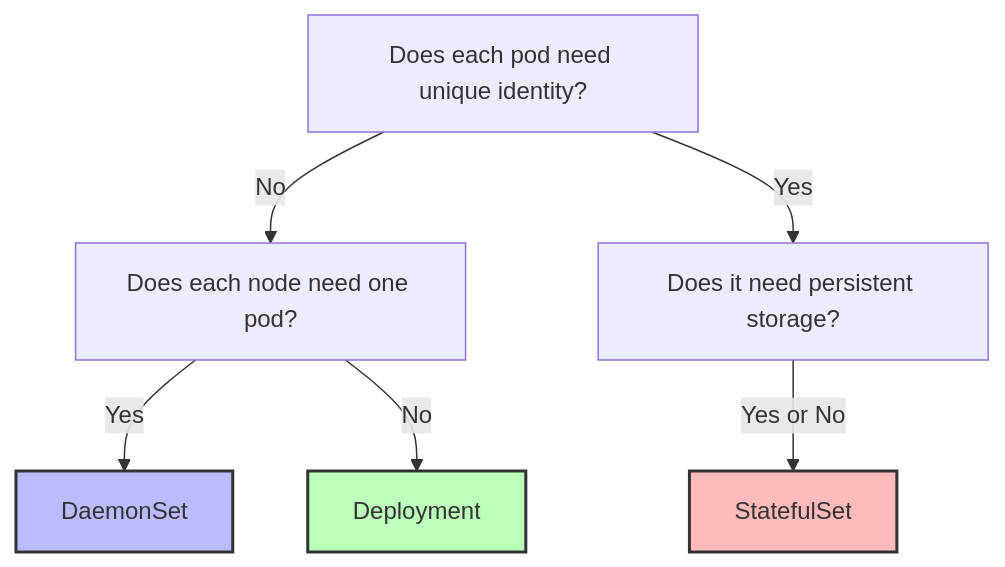
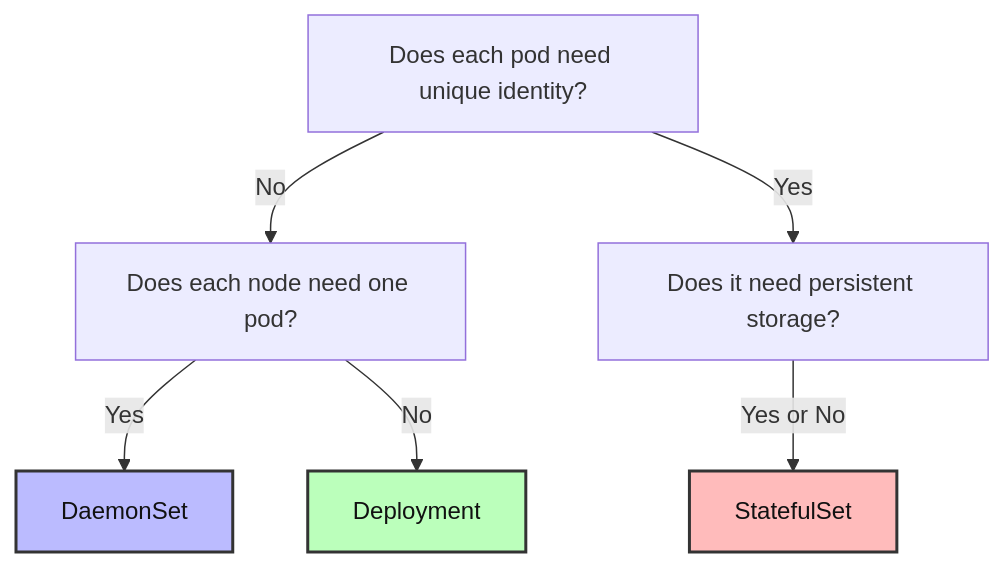
One commit to kube-dojo/kube-dojo.github.io changed the fourth of 4 diagrams in src/content/docs/k8s/cka/part2-workloads-scheduling/module-2.3-daemonsets-statefulsets.md. Above: the diagram before and after it, drawn with Mermaid. The commit also changed other lines of this file and 2 other files, not shown here.

````diff
--- a/src/content/docs/k8s/cka/part2-workloads-scheduling/module-2.3-daemonsets-statefulsets.md
+++ b/src/content/docs/k8s/cka/part2-workloads-scheduling/module-2.3-daemonsets-statefulsets.md
@@ -586,15 +586,15 @@
 ```mermaid
 flowchart TD
     Start[Does each pod need unique identity?]
     Start -->|No| NodeLevel[Does each node need one pod?]
     Start -->|Yes| Storage[Does it need persistent storage?]
 
     NodeLevel -->|Yes| DS[DaemonSet]
     NodeLevel -->|No| Deploy[Deployment]
 
     Storage -->|Yes or No| STS[StatefulSet]
 
-    style DS fill:#bbf,stroke:#333,stroke-width:2px
-    style Deploy fill:#bfb,stroke:#333,stroke-width:2px
-    style STS fill:#fbb,stroke:#333,stroke-width:2px
+    style DS fill:#bbf,color:#111,stroke:#333,stroke-width:2px
+    style Deploy fill:#bfb,color:#111,stroke:#333,stroke-width:2px
+    style STS fill:#fbb,color:#111,stroke:#333,stroke-width:2px
 ```
````
